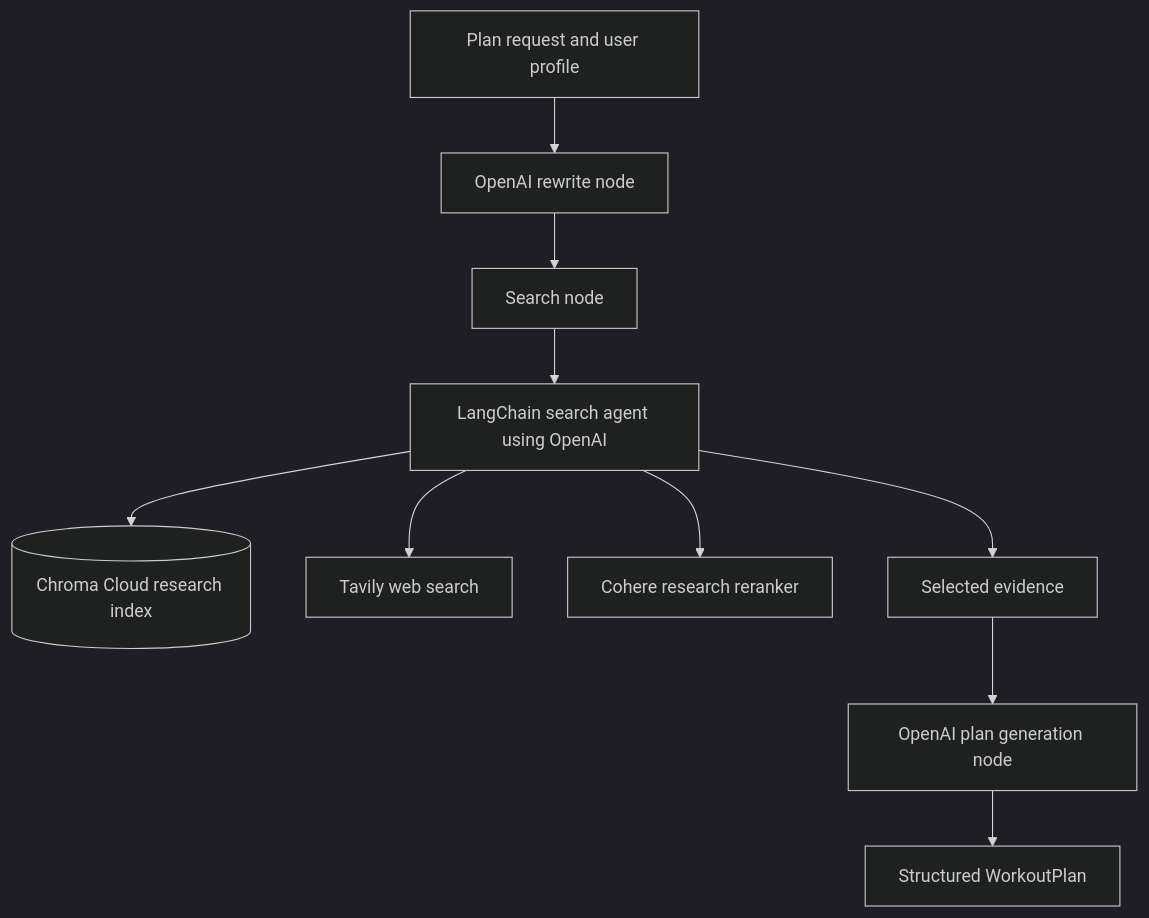
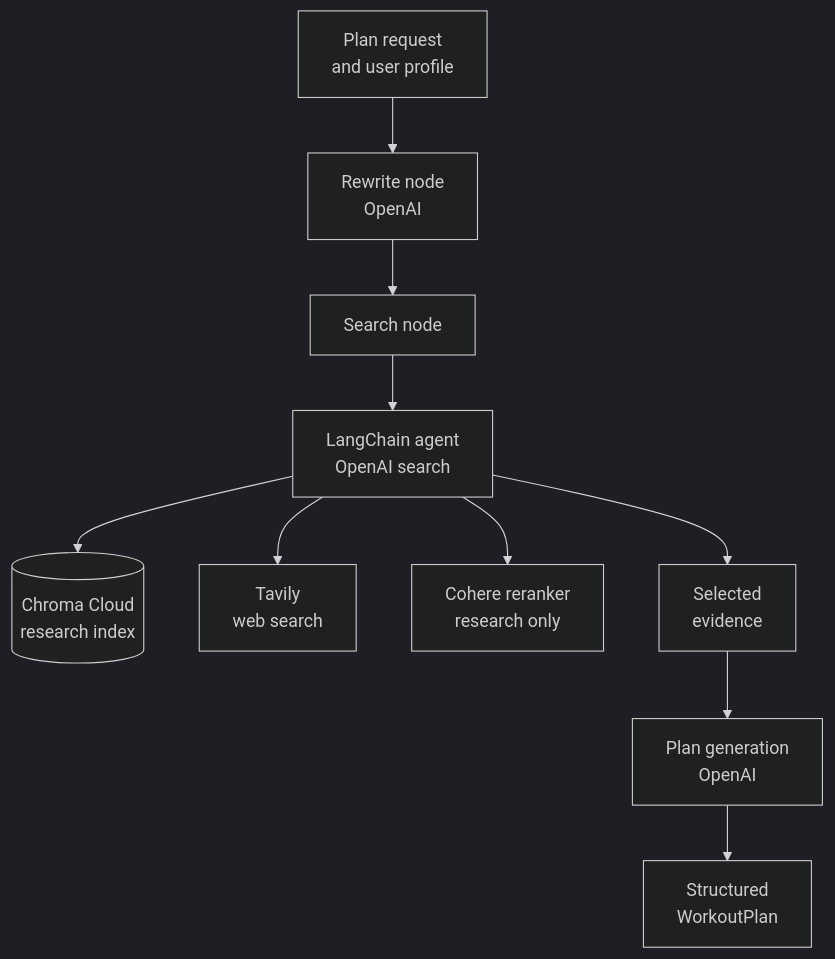
One commit to xurichard19/strength-and-conditioning-rag changed the third of 3 diagrams in README.md. Above: the diagram before and after it, drawn with Mermaid (dark theme). The commit also changed other lines of this file, not shown here.

First line of the commit message:
Refactor flowchart descriptions in README

````diff
--- a/README.md
+++ b/README.md
@@ -41,12 +41,12 @@
 ```mermaid
 flowchart TB
-    Request["Plan request and user profile"] --> Rewrite["OpenAI rewrite node"]
+    Request["Plan request<br/>and user profile"] --> Rewrite["Rewrite node<br/>OpenAI"]
     Rewrite --> Search["Search node"]
-    Search --> Agent["LangChain search agent using OpenAI"]
-    Agent --> Chroma[("Chroma Cloud research index")]
-    Agent --> Tavily["Tavily web search"]
-    Agent --> Cohere["Cohere research reranker"]
-    Agent --> Evidence["Selected evidence"]
-    Evidence --> Generate["OpenAI plan generation node"]
-    Generate --> Plan["Structured WorkoutPlan"]
+    Search --> Agent["LangChain agent<br/>OpenAI search"]
+    Agent --> Chroma[("Chroma Cloud<br/>research index")]
+    Agent --> Tavily["Tavily<br/>web search"]
+    Agent --> Cohere["Cohere reranker<br/>research only"]
+    Agent --> Evidence["Selected<br/>evidence"]
+    Evidence --> Generate["Plan generation<br/>OpenAI"]
+    Generate --> Plan["Structured<br/>WorkoutPlan"]
 ```
````
